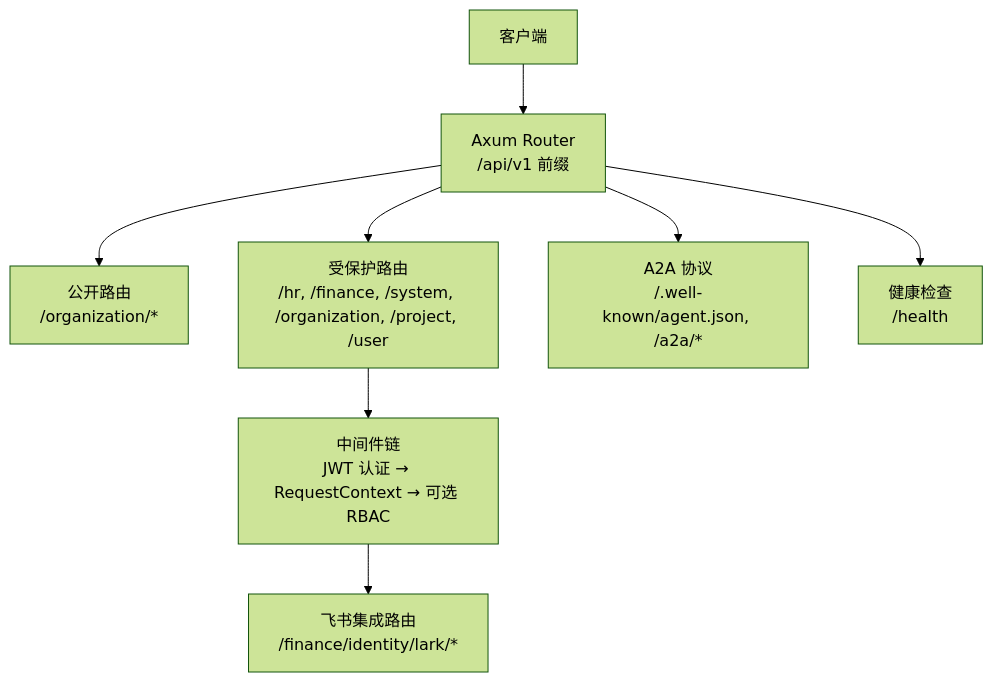
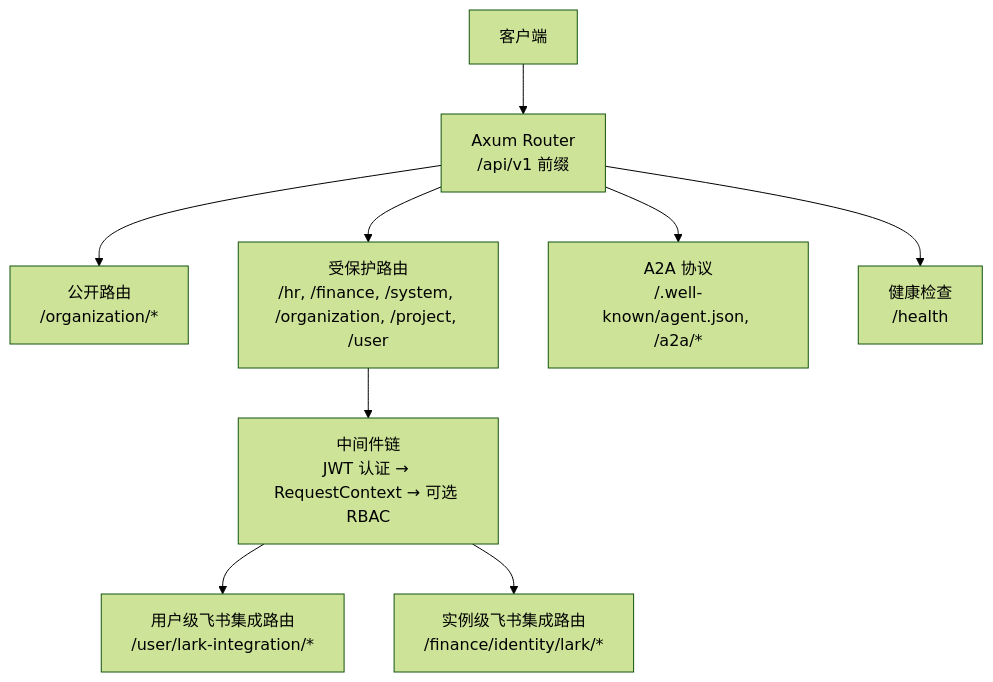
Before and after one commit to runningcoders/ai_orz: the first of 3 diagrams in .qoder/repowiki/zh/content/API 参考/RESTful API/RESTful API.md, drawn with Mermaid (forest theme). The commit also changed other lines of this file and 10 other files, not shown here.

````diff
--- a/.qoder/repowiki/zh/content/API 参考/RESTful API/RESTful API.md
+++ b/.qoder/repowiki/zh/content/API 参考/RESTful API/RESTful API.md
@@ -59,10 +61,11 @@
 ```mermaid
 graph TB
 A["客户端"] --> B["Axum Router<br/>/api/v1 前缀"]
 B --> C["公开路由<br/>/organization/*"]
 B --> D["受保护路由<br/>/hr, /finance, /system, /organization, /project, /user"]
 B --> E["A2A 协议<br/>/.well-known/agent.json, /a2a/*"]
 B --> F["健康检查<br/>/health"]
 D --> G["中间件链<br/>JWT 认证 → RequestContext → 可选 RBAC"]
-G --> H["飞书集成路由<br/>/finance/identity/lark/*"]
+G --> H["用户级飞书集成路由<br/>/user/lark-integration/*"]
+G --> I["实例级飞书集成路由<br/>/finance/identity/lark/*"]
 ```
````
